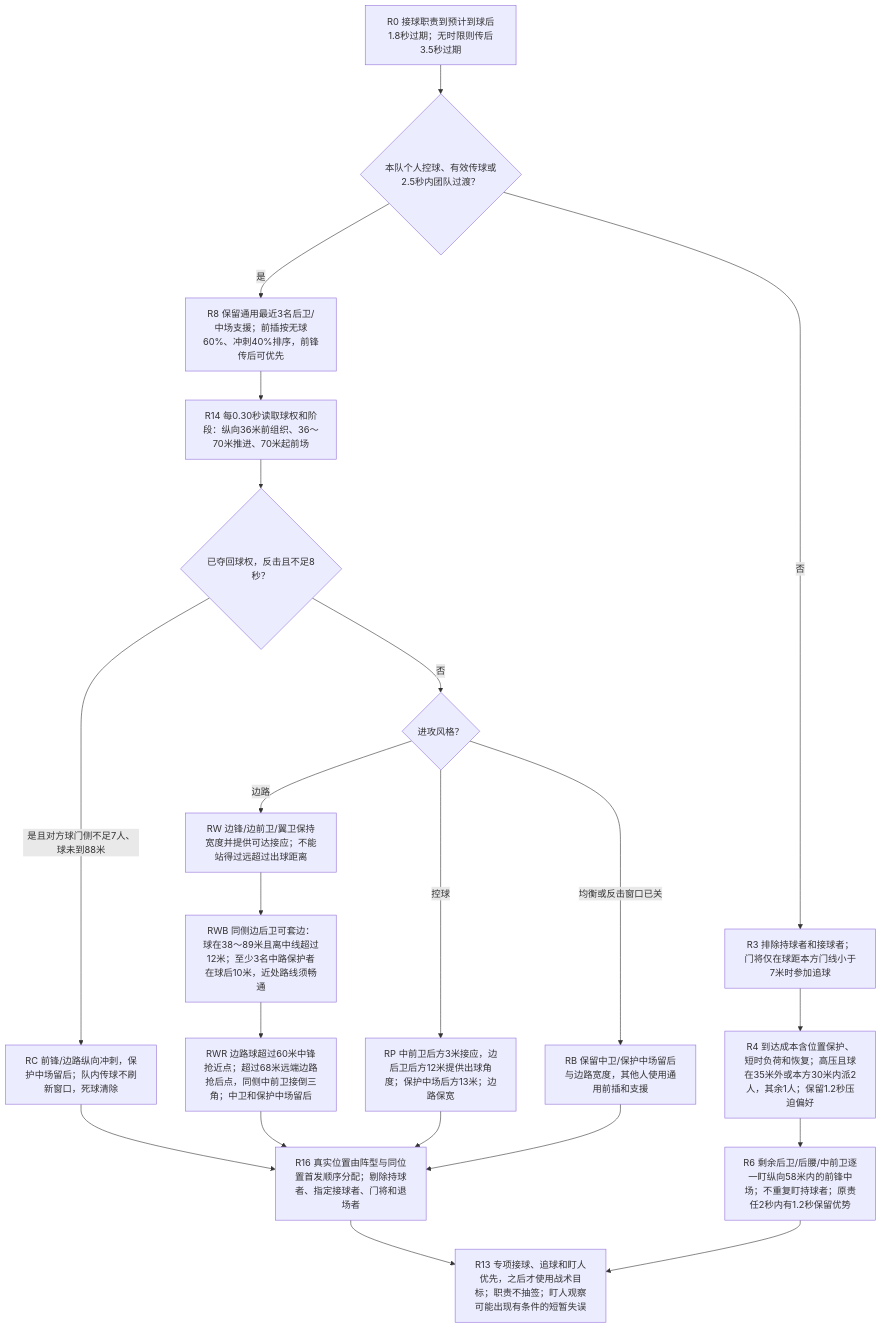
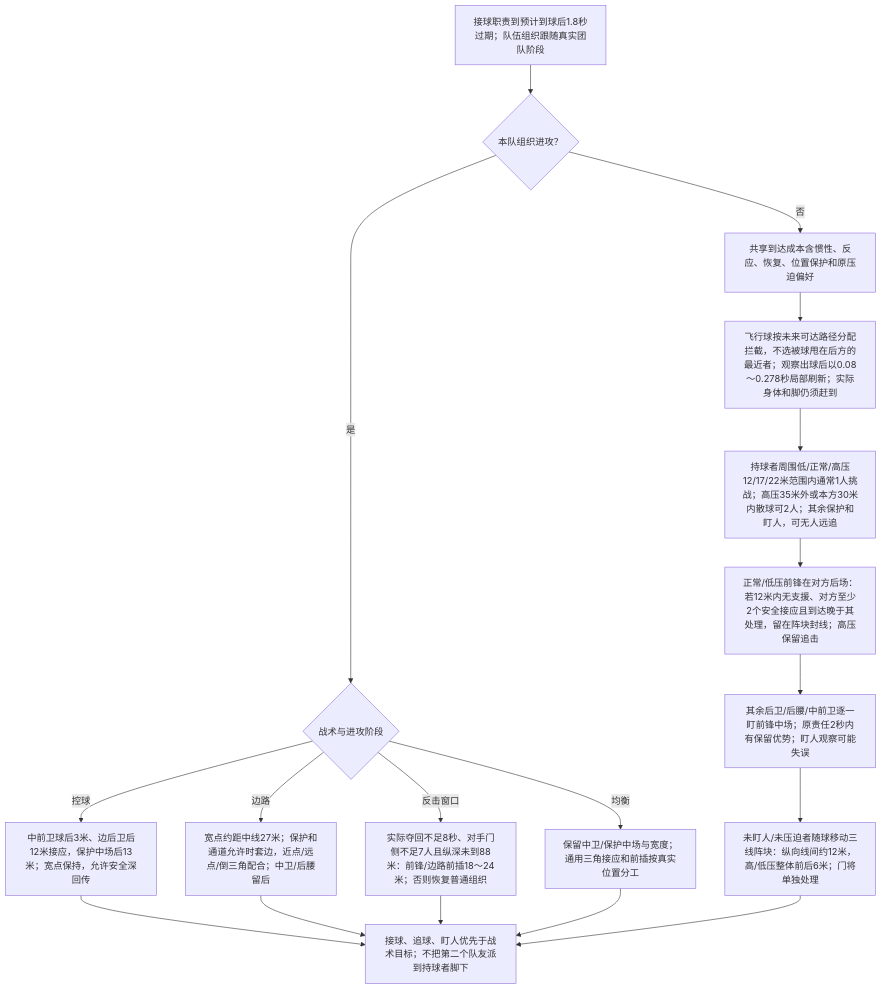
The second of 7 diagrams in packages/shared/modules/matches/design/PLAYER_DECISION_MAP.md (sixu3575/touchline-manager), drawn with Mermaid before and after one commit. The commit also changed other lines of this file and 48 other files, not shown here.

````diff
--- a/packages/shared/modules/matches/design/PLAYER_DECISION_MAP.md
+++ b/packages/shared/modules/matches/design/PLAYER_DECISION_MAP.md
@@ -67,23 +41,20 @@
 ```mermaid
 flowchart TD
-  R0["R0 接球职责到预计到球后1.8秒过期；无时限则传后3.5秒过期"] --> R1{"本队个人控球、有效传球或2.5秒内团队过渡？"}
-  R1 -->|否| R3["R3 排除持球者和接球者；门将仅在球距本方门线小于7米时参加追球"]
-  R3 --> R4["R4 到达成本含位置保护、短时负荷和恢复；高压且球在35米外或本方30米内派2人，其余1人；保留1.2秒压迫偏好"]
-  R4 --> R6["R6 剩余后卫/后腰/中前卫逐一盯纵向58米内的前锋中场；不重复盯持球者；原责任2秒内有1.2秒保留优势"]
-  R1 -->|是| R8["R8 保留通用最近3名后卫/中场支援；前插按无球60%、冲刺40%排序，前锋传后可优先"]
-  R8 --> R14["R14 每0.30秒读取球权和阶段：纵向36米前组织、36～70米推进、70米起前场"]
-  R14 --> R15{"已夺回球权，反击且不足8秒？"}
-  R15 -->|是且对方球门侧不足7人、球未到88米| RC["RC 前锋/边路纵向冲刺，保护中场留后；队内传球不刷新窗口，死球清除"]
-  R15 -->|否| RS{"进攻风格？"}
-  RS -->|边路| RW["RW 边锋/边前卫/翼卫保持宽度并提供可达接应；不能站得过远超过出球距离"]
-  RW --> RWB["RWB 同侧边后卫可套边：球在38～89米且离中线超过12米；至少3名中路保护者在球后10米，近处路线须畅通"]
-  RWB --> RWR["RWR 边路球超过60米中锋抢近点；超过68米远端边路抢后点，同侧中前卫接倒三角；中卫和保护中场留后"]
-  RS -->|控球| RP["RP 中前卫后方3米接应，边后卫后方12米提供出球角度；保护中场后方13米；边路保宽"]
-  RS -->|均衡或反击窗口已关| RB["RB 保留中卫/保护中场留后与边路宽度，其他人使用通用前插和支援"]
-  RC --> R16["R16 真实位置由阵型与同位置首发顺序分配；剔除持球者、指定接球者、门将和退场者"]
-  RWR --> R16
-  RP --> R16
-  RB --> R16
-  R16 --> R13["R13 专项接球、追球和盯人优先，之后才使用战术目标；职责不抽签；盯人观察可能出现有条件的短暂失误"]
-  R6 --> R13
+  R0["接球职责到预计到球后1.8秒过期；队伍组织跟随真实团队阶段"] --> R1{"本队组织进攻？"}
+  R1 -->|否| R2["共享到达成本含惯性、反应、恢复、位置保护和原压迫偏好"]
+  R2 --> RF["飞行球按未来可达路径分配拦截，不选被球甩在后方的最近者；观察出球后以0.08～0.278秒局部刷新；实际身体和脚仍须赶到"]
+  RF --> R3["持球者周围低/正常/高压12/17/22米范围内通常1人挑战；高压35米外或本方30米内散球可2人；其余保护和盯人，可无人远追"]
+  R3 --> RX["正常/低压前锋在对方后场：若12米内无支援、对方至少2个安全接应且到达晚于其处理，留在阵块封线；高压保留追击"]
+  RX --> R4["其余后卫/后腰/中前卫逐一盯前锋中场；原责任2秒内有保留优势；盯人观察可能失误"]
+  R4 --> R5["未盯人/未压迫者随球移动三线阵块：纵向线间约12米，高/低压整体前后6米；门将单独处理"]
+  R1 -->|是| R6{"战术与进攻阶段"}
+  R6 -->|控球| RP["中前卫球后3米、边后卫后12米接应，保护中场后13米；宽点保持，允许安全深回传"]
+  R6 -->|边路| RW["宽点约距中线27米；保护和通道允许时套边，近点/远点/倒三角配合；中卫/后腰留后"]
+  R6 -->|反击窗口| RC["实际夺回不足8秒、对手门侧不足7人且纵深未到88米：前锋/边路前插18～24米；否则恢复普通组织"]
+  R6 -->|均衡| RB["保留中卫/保护中场与宽度；通用三角接应和前插按真实位置分工"]
+  RP --> R7["接球、追球、盯人优先于战术目标；不把第二个队友派到持球者脚下"]
+  RW --> R7
+  RC --> R7
+  RB --> R7
+  R5 --> R7
 ```
````
